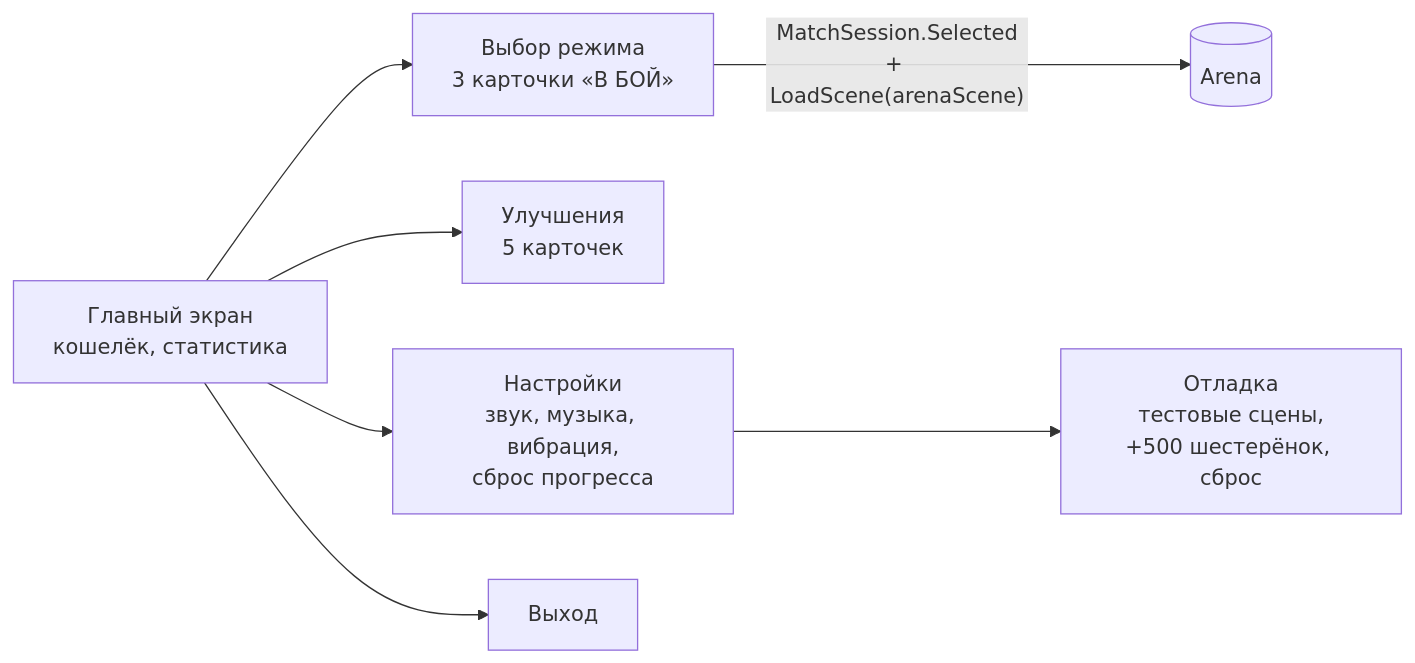
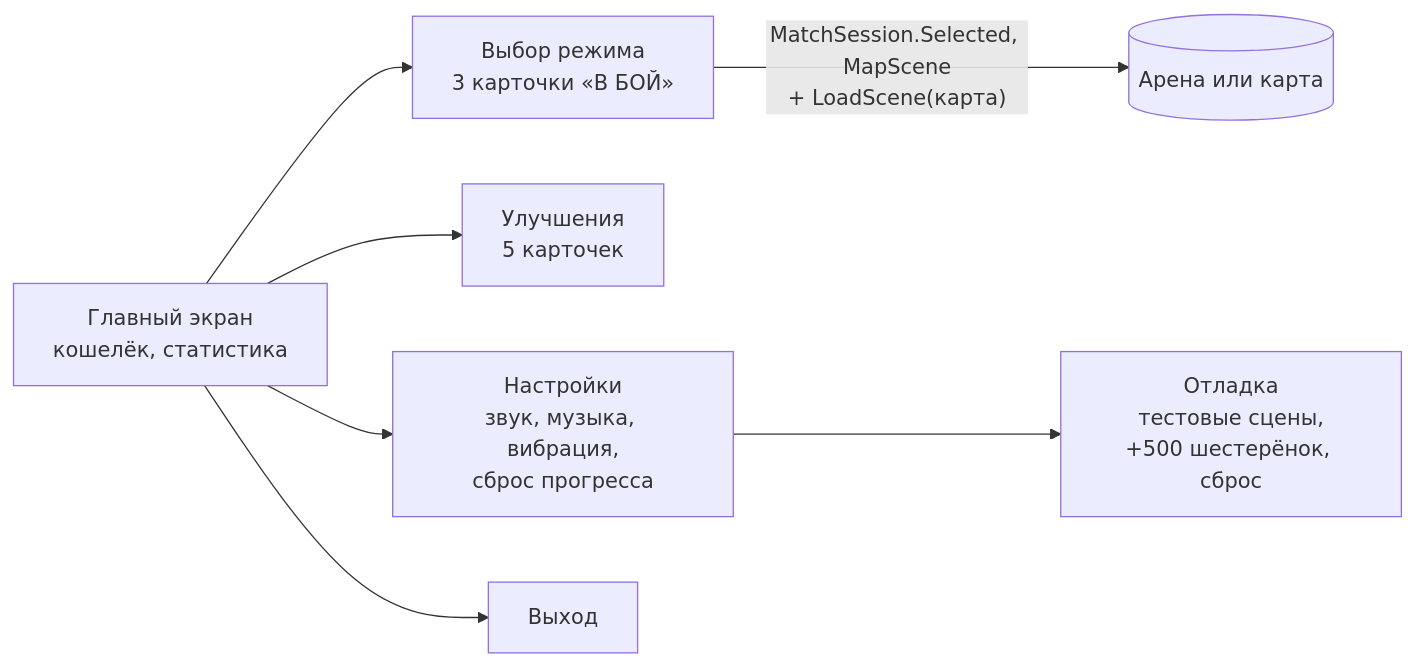
The diagram in Documentation/articles/ui.md (niikage7/burmalda-gamejam), drawn with Mermaid before and after one commit. The commit also changed other lines of this file and 15 other files, not shown here.

````diff
--- a/Documentation/articles/ui.md
+++ b/Documentation/articles/ui.md
@@ -16,9 +16,9 @@
 ```mermaid
 flowchart LR
     Main["Главный экран<br/>кошелёк, статистика"] --> Modes["Выбор режима<br/>3 карточки «В БОЙ»"]
     Main --> Upg["Улучшения<br/>5 карточек"]
     Main --> Set["Настройки<br/>звук, музыка, вибрация,<br/>сброс прогресса"]
     Main --> Quit[Выход]
     Set --> Dbg["Отладка<br/>тестовые сцены,<br/>+500 шестерёнок, сброс"]
-    Modes -- "MatchSession.Selected<br/>+ LoadScene(arenaScene)" --> Arena[(Arena)]
+    Modes -- "MatchSession.Selected, MapScene<br/>+ LoadScene(карта)" --> Arena[(Арена или карта)]
 ```
````
